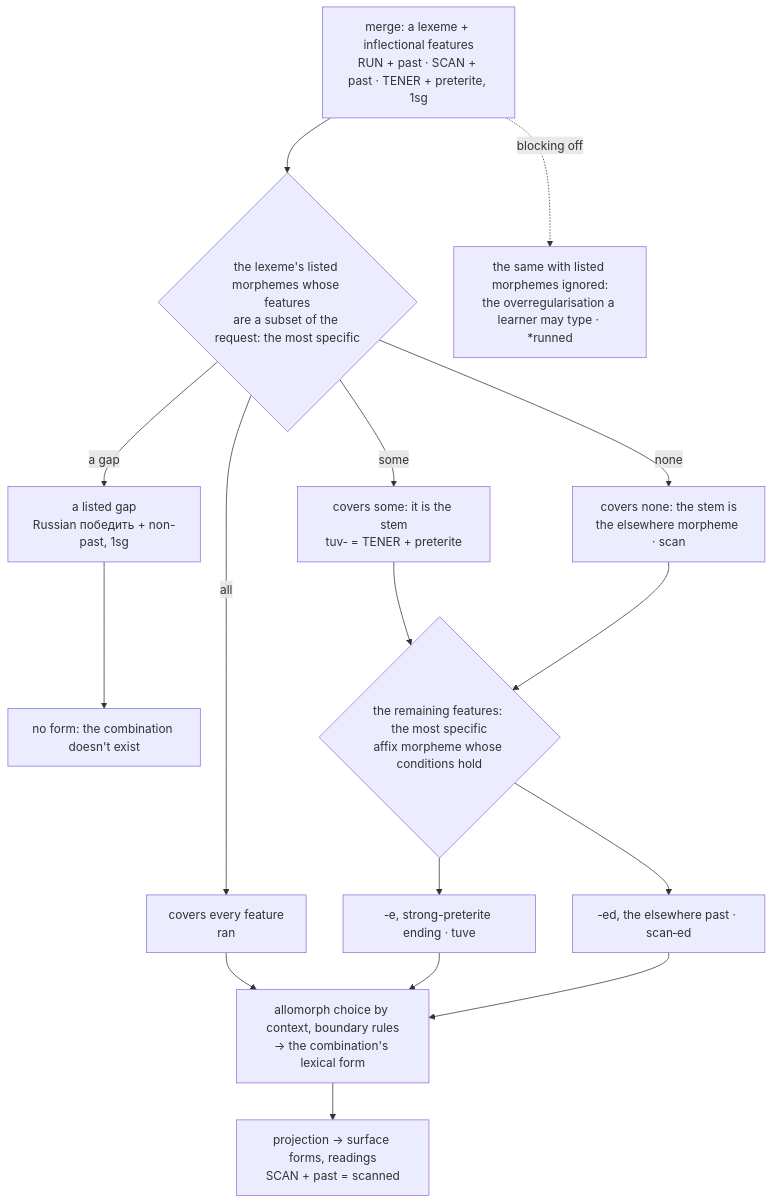
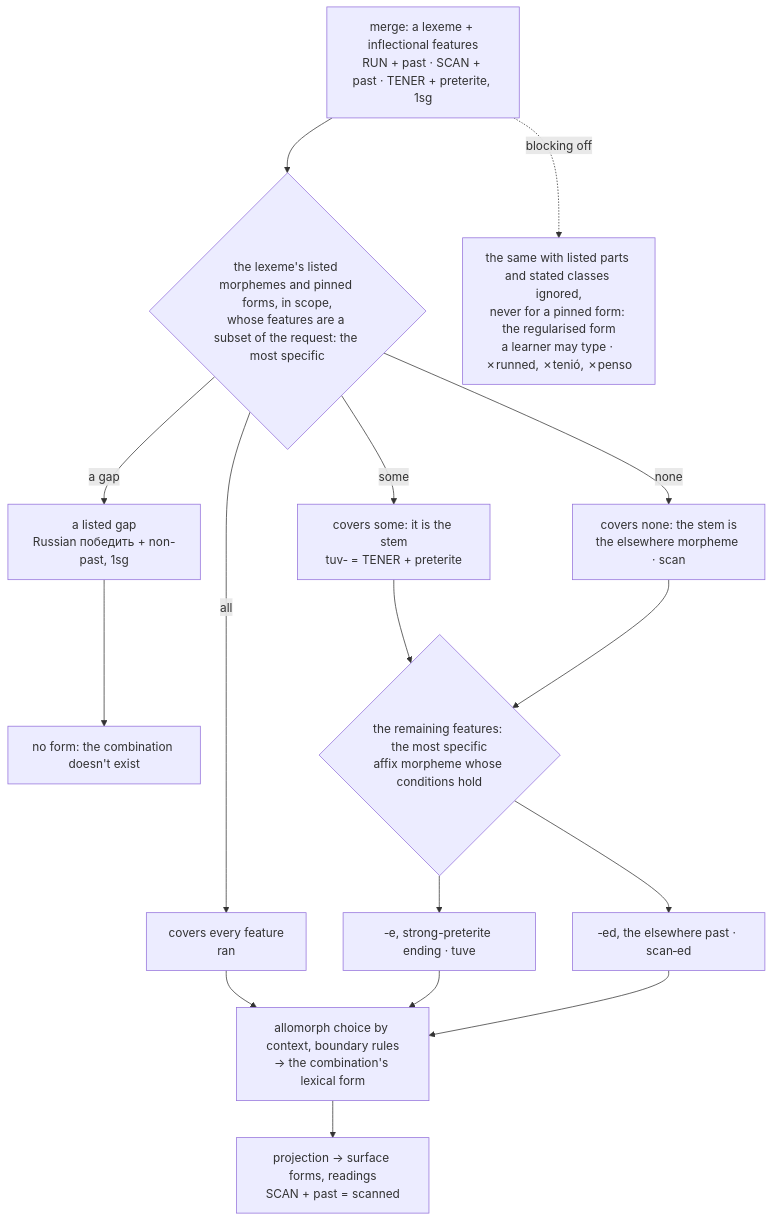
The fourth of 6 diagrams in docs/lexeme-model.md (iwsfutcmd/nabu), drawn with Mermaid before and after one commit. The commit also changed other lines of this file and 1 other file, not shown here.

````diff
--- a/docs/lexeme-model.md
+++ b/docs/lexeme-model.md
@@ -392,25 +430,25 @@
 ```mermaid
 flowchart TB
   REQ["merge: a lexeme + inflectional features<br/>RUN + past · SCAN + past · TENER + preterite, 1sg"]
-  LOOK{"the lexeme's listed morphemes whose features<br/>are a subset of the request: the most specific"}
+  LOOK{"the lexeme's listed morphemes and pinned forms, in scope,<br/>whose features are a subset of the request: the most specific"}
   GAP["a listed gap<br/>Russian победить + non-past, 1sg"]
   NONE["no form: the combination doesn't exist"]
   ALL["covers every feature<br/>ran"]
   PART["covers some: it is the stem<br/>tuv‑ = TENER + preterite"]
   BASE["covers none: the stem is<br/>the elsewhere morpheme · scan"]
   AFF{"the remaining features: the most specific<br/>affix morpheme whose conditions hold"}
   A1["‑e, strong-preterite ending · tuve"]
   A2["‑ed, the elsewhere past · scan‑ed"]
   ALO["allomorph choice by context, boundary rules<br/>→ the combination's lexical form"]
   PRJ["projection → surface forms, readings<br/>SCAN + past = scanned"]
-  OFF["the same with listed morphemes ignored:<br/>the overregularisation a learner may type · *runned"]
+  OFF["the same with listed parts and stated classes ignored,<br/>never for a pinned form: the regularised form<br/>a learner may type · ✗runned, ✗tenió, ✗penso"]
   REQ --> LOOK
   LOOK -->|a gap| GAP --> NONE
   LOOK -->|all| ALL --> ALO
   LOOK -->|some| PART --> AFF
   LOOK -->|none| BASE --> AFF
   AFF --> A1 --> ALO
   AFF --> A2 --> ALO
   ALO --> PRJ
   REQ -.->|blocking off| OFF
 ```
````
